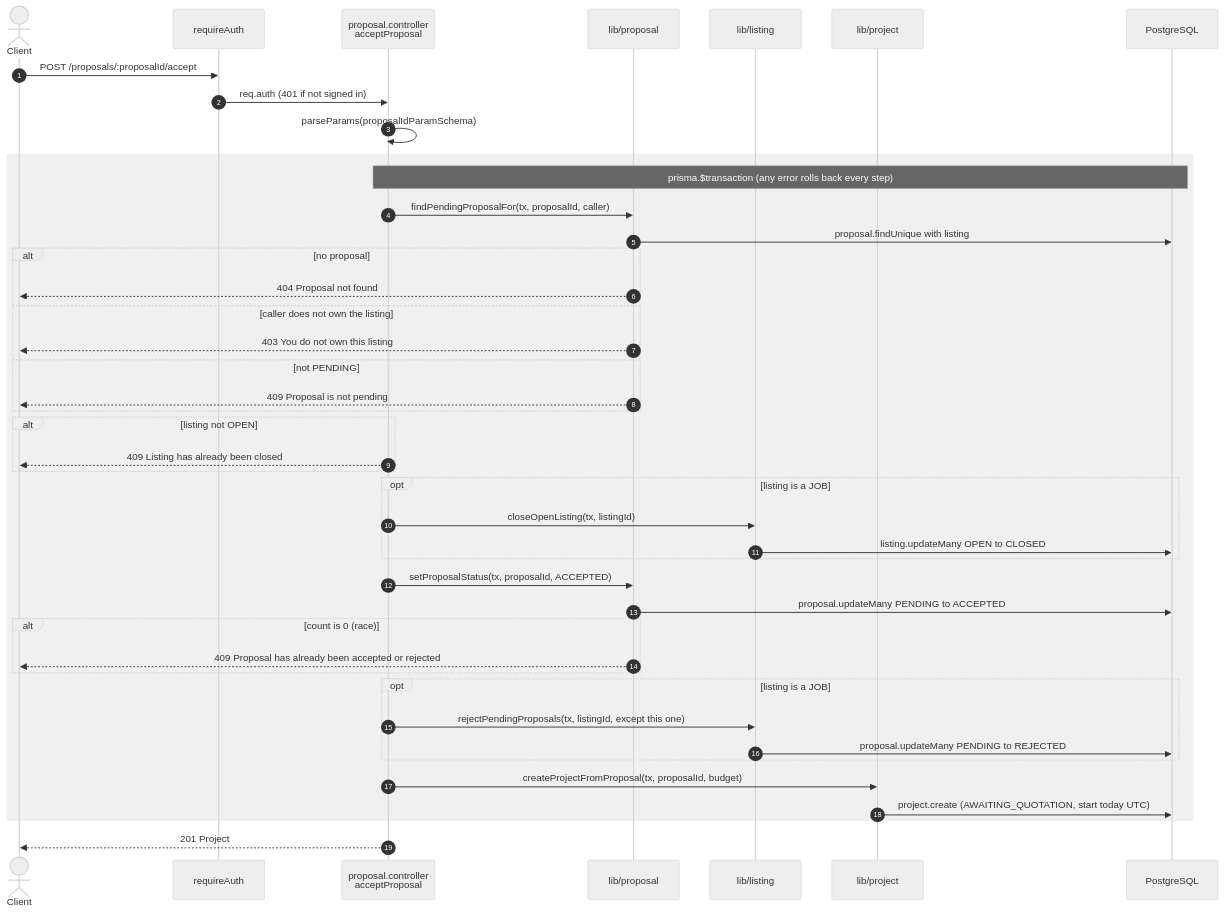
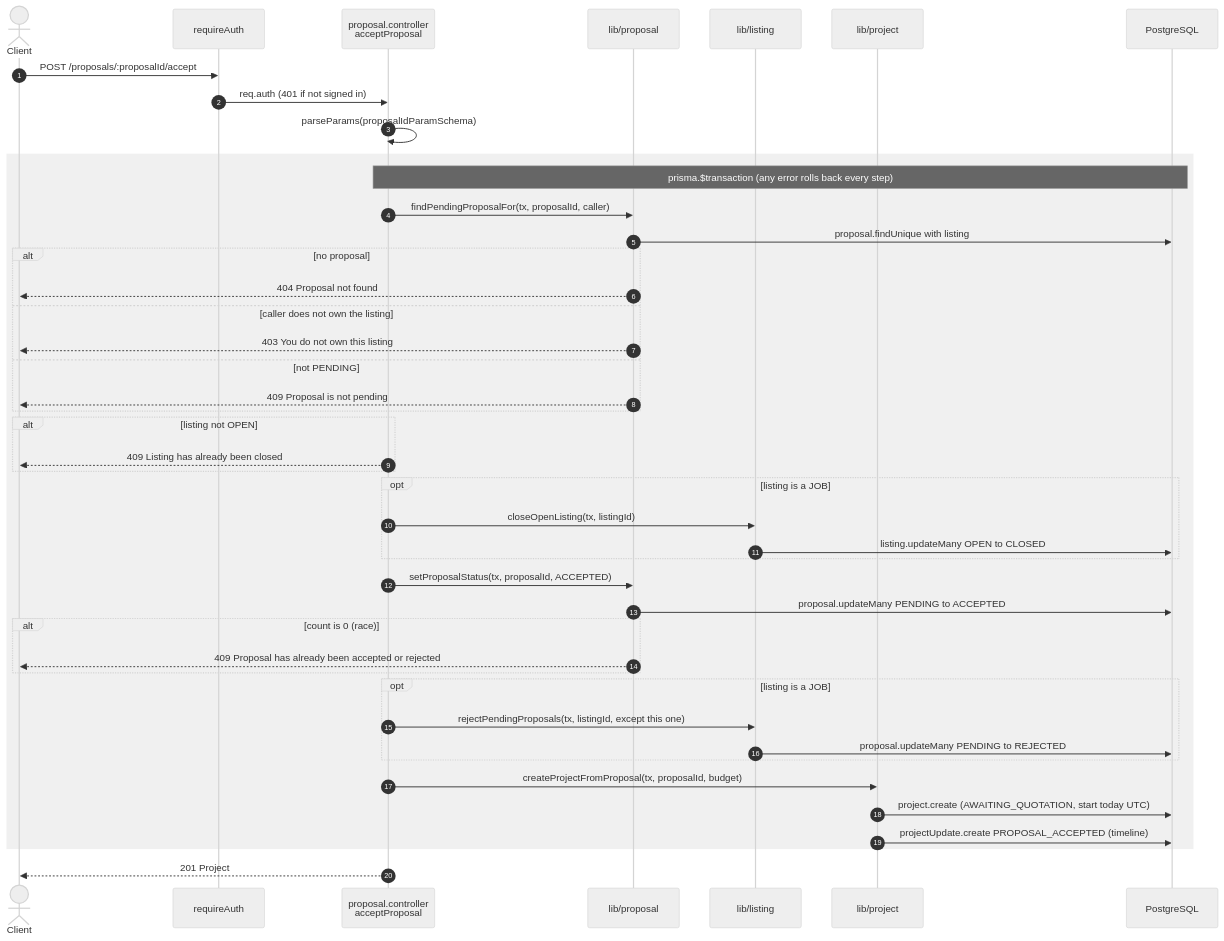
One commit to taofuuu/MangoDB changed the third of 4 diagrams in docs/api/proposals.md. Above: the diagram before and after it, drawn with Mermaid (neutral theme).

Commit message:
docs(api): accept also writes the PROPOSAL_ACCEPTED timeline event

````diff
--- a/docs/api/proposals.md
+++ b/docs/api/proposals.md
@@ -76,46 +76,47 @@
 ```mermaid
 sequenceDiagram
     autonumber
     actor C as Client
     participant G as requireAuth
     participant Ctl as proposal.controller<br/>acceptProposal
     participant P as lib/proposal
     participant L as lib/listing
     participant Pr as lib/project
     participant DB as PostgreSQL
 
     C->>G: POST /proposals/:proposalId/accept
     G->>Ctl: req.auth (401 if not signed in)
     Ctl->>Ctl: parseParams(proposalIdParamSchema)
     rect rgba(128, 128, 128, 0.12)
         Note over Ctl,DB: prisma.$transaction (any error rolls back every step)
         Ctl->>P: findPendingProposalFor(tx, proposalId, caller)
         P->>DB: proposal.findUnique with listing
         alt no proposal
             P-->>C: 404 Proposal not found
         else caller does not own the listing
             P-->>C: 403 You do not own this listing
         else not PENDING
             P-->>C: 409 Proposal is not pending
         end
         alt listing not OPEN
             Ctl-->>C: 409 Listing has already been closed
         end
         opt listing is a JOB
             Ctl->>L: closeOpenListing(tx, listingId)
             L->>DB: listing.updateMany OPEN to CLOSED
         end
         Ctl->>P: setProposalStatus(tx, proposalId, ACCEPTED)
         P->>DB: proposal.updateMany PENDING to ACCEPTED
         alt count is 0 (race)
             P-->>C: 409 Proposal has already been accepted or rejected
         end
         opt listing is a JOB
             Ctl->>L: rejectPendingProposals(tx, listingId, except this one)
             L->>DB: proposal.updateMany PENDING to REJECTED
         end
         Ctl->>Pr: createProjectFromProposal(tx, proposalId, budget)
         Pr->>DB: project.create (AWAITING_QUOTATION, start today UTC)
+        Pr->>DB: projectUpdate.create PROPOSAL_ACCEPTED (timeline)
     end
     Ctl-->>C: 201 Project
 ```
````
